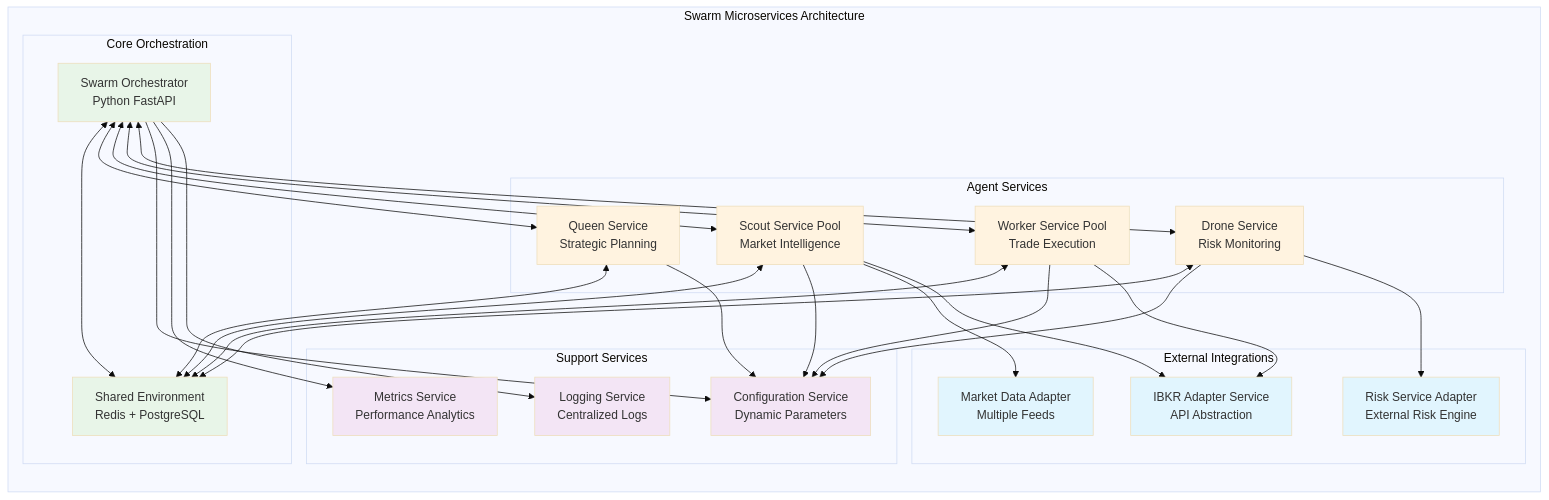
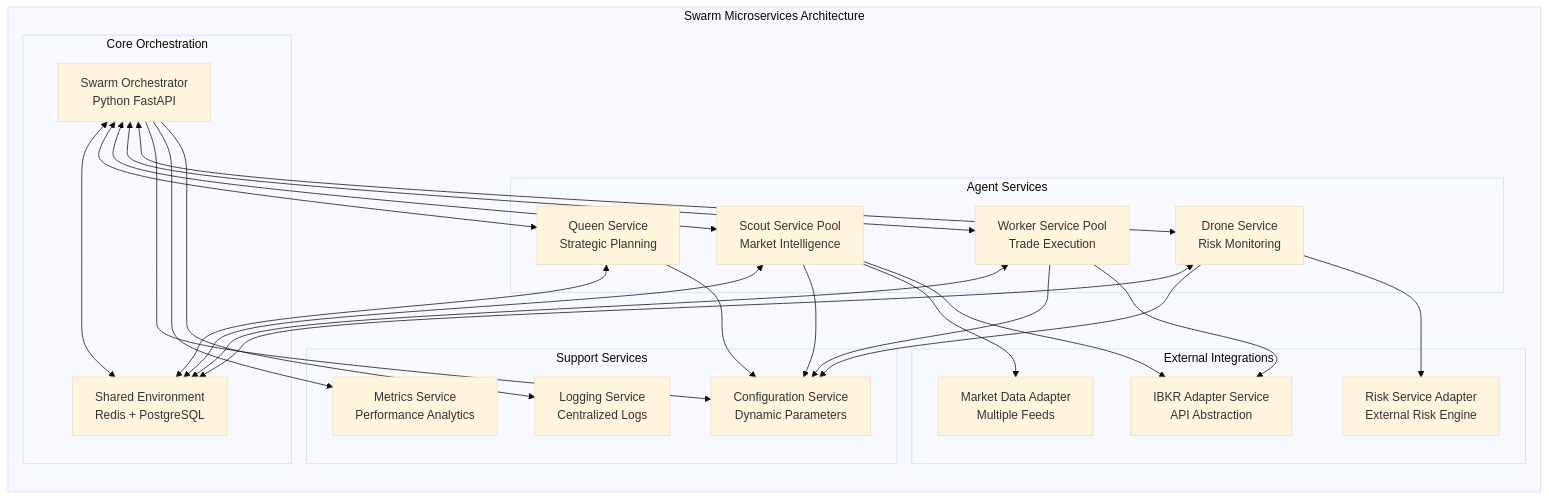
One commit to petewilburn/Python-Programs-for-Fun-and-Education changed the third of 12 diagrams in src/Python_Programs/Hierarchical_Swarm_Enterprise_Architecture.md. Above: the diagram before and after it, drawn with Mermaid (base theme). The commit also changed other lines of this file and 3 other files, not shown here.

Commit message:
Remove all Mermaid styling for better dark mode compatibility

````diff
--- a/src/Python_Programs/Hierarchical_Swarm_Enterprise_Architecture.md
+++ b/src/Python_Programs/Hierarchical_Swarm_Enterprise_Architecture.md
@@ -204,70 +187,61 @@
 ```mermaid
 graph LR
     subgraph "Swarm Microservices Architecture"
         subgraph "Core Orchestration"
             Orchestrator[Swarm Orchestrator<br/>Python FastAPI]
             Environment[Shared Environment<br/>Redis + PostgreSQL]
         end
         
         subgraph "Agent Services"
             QueenSvc[Queen Service<br/>Strategic Planning]
             ScoutSvc[Scout Service Pool<br/>Market Intelligence]
             WorkerSvc[Worker Service Pool<br/>Trade Execution]
             DroneSvc[Drone Service<br/>Risk Monitoring]
         end
         
         subgraph "Support Services"
             ConfigSvc[Configuration Service<br/>Dynamic Parameters]
             MetricsSvc[Metrics Service<br/>Performance Analytics]
             LoggingSvc[Logging Service<br/>Centralized Logs]
         end
         
         subgraph "External Integrations"
             IBKRAdapter[IBKR Adapter Service<br/>API Abstraction]
             MarketDataAdapter[Market Data Adapter<br/>Multiple Feeds]
             RiskAdapter[Risk Service Adapter<br/>External Risk Engine]
         end
     end
     
     %% Core connections
     Orchestrator <--> Environment
     
     %% Agent service connections
     Orchestrator <--> QueenSvc
     Orchestrator <--> ScoutSvc
     Orchestrator <--> WorkerSvc
     Orchestrator <--> DroneSvc
     
     %% Agent to environment
     QueenSvc <--> Environment
     ScoutSvc <--> Environment
     WorkerSvc <--> Environment
     DroneSvc <--> Environment
     
     %% Support service connections
     Orchestrator --> ConfigSvc
     Orchestrator --> MetricsSvc
     Orchestrator --> LoggingSvc
     
     QueenSvc --> ConfigSvc
     ScoutSvc --> ConfigSvc
     WorkerSvc --> ConfigSvc
     DroneSvc --> ConfigSvc
     
     %% External integrations
     ScoutSvc --> MarketDataAdapter
     ScoutSvc --> IBKRAdapter
     WorkerSvc --> IBKRAdapter
     DroneSvc --> RiskAdapter
     
     %% Styling
-    classDef core fill:#e8f5e8
-    classDef agent fill:#fff3e0
-    classDef support fill:#f3e5f5
-    classDef external fill:#e1f5fe
-    
-    class Orchestrator,Environment core
-    class QueenSvc,ScoutSvc,WorkerSvc,DroneSvc agent
-    class ConfigSvc,MetricsSvc,LoggingSvc support
-    class IBKRAdapter,MarketDataAdapter,RiskAdapter external
 ```
````
